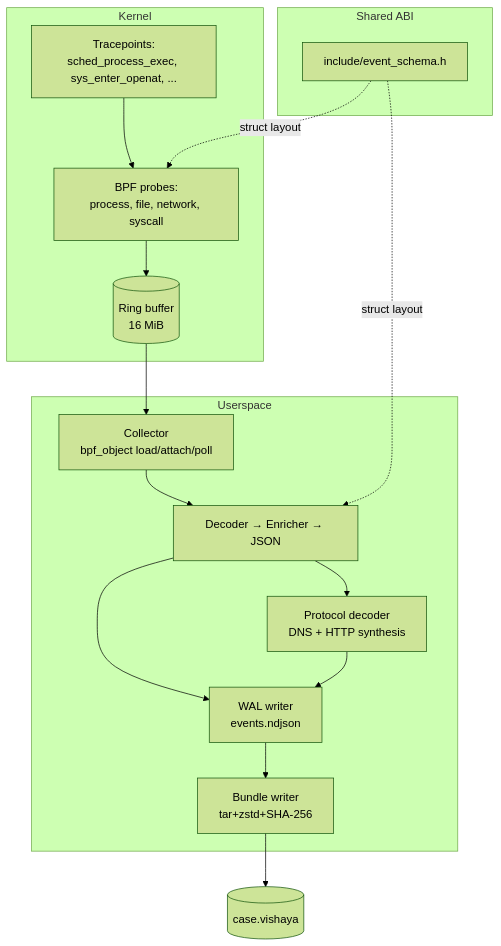
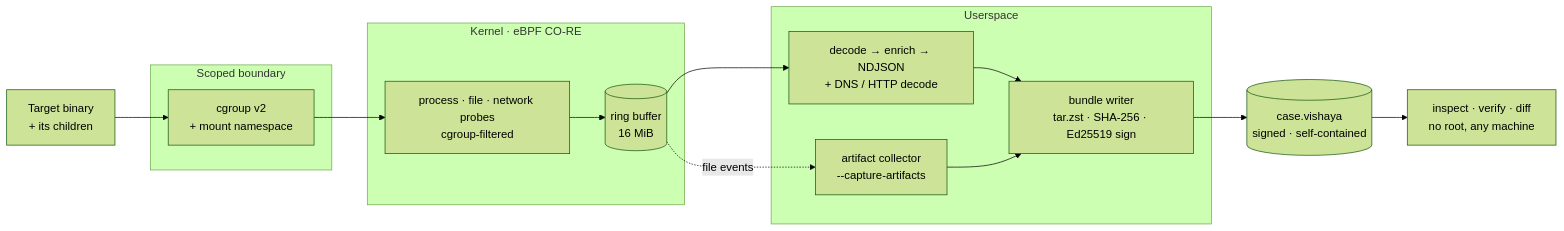
One commit to bhanuprakasheagala/vishaya changed the first of 3 diagrams in docs/architecture.md. Above: the diagram before and after it, drawn with Mermaid (forest theme). The commit also changed other lines of this file and 17 other files, not shown here.

````diff
--- a/docs/architecture.md
+++ b/docs/architecture.md
@@ -32,33 +40,28 @@
 ```mermaid
-flowchart TB
-    subgraph K[Kernel]
-        TP[Tracepoints:<br/>sched_process_exec, sys_enter_openat, ...]
-        PRB[BPF probes:<br/>process, file, network, syscall]
-        RB[(Ring buffer<br/>16 MiB)]
-        TP --> PRB
+flowchart LR
+    T[Target binary<br/>+ its children]
+
+    subgraph SCOPE[Scoped boundary]
+        CG[cgroup v2<br/>+ mount namespace]
+    end
+
+    subgraph K[Kernel · eBPF CO-RE]
+        PRB[process · file · network probes<br/>cgroup-filtered]
+        RB[(ring buffer<br/>16 MiB)]
         PRB --> RB
     end
 
     subgraph U[Userspace]
-        COL[Collector<br/>bpf_object load/attach/poll]
-        DEC[Decoder → Enricher → JSON]
-        WAL[WAL writer<br/>events.ndjson]
-        PDC[Protocol decoder<br/>DNS + HTTP synthesis]
-        BW[Bundle writer<br/>tar+zstd+SHA-256]
-        RB --> COL
-        COL --> DEC
-        DEC --> WAL
-        DEC --> PDC
-        PDC --> WAL
-        WAL --> BW
+        PIPE[decode → enrich → NDJSON<br/>+ DNS / HTTP decode]
+        ART[artifact collector<br/>--capture-artifacts]
+        BW[bundle writer<br/>tar.zst · SHA-256 · Ed25519 sign]
+        PIPE --> BW
+        ART --> BW
     end
 
-    subgraph S[Shared ABI]
-        ES[include/event_schema.h]
-    end
-
-    ES -.->|struct layout| PRB
-    ES -.->|struct layout| DEC
-
-    BW --> OUT[(case.vishaya)]
+    T --> CG --> PRB
+    RB --> PIPE
+    RB -. file events .-> ART
+    BW --> OUT[(case.vishaya<br/>signed · self-contained)]
+    OUT --> INS[inspect · verify · diff<br/>no root, any machine]
 ```
````
